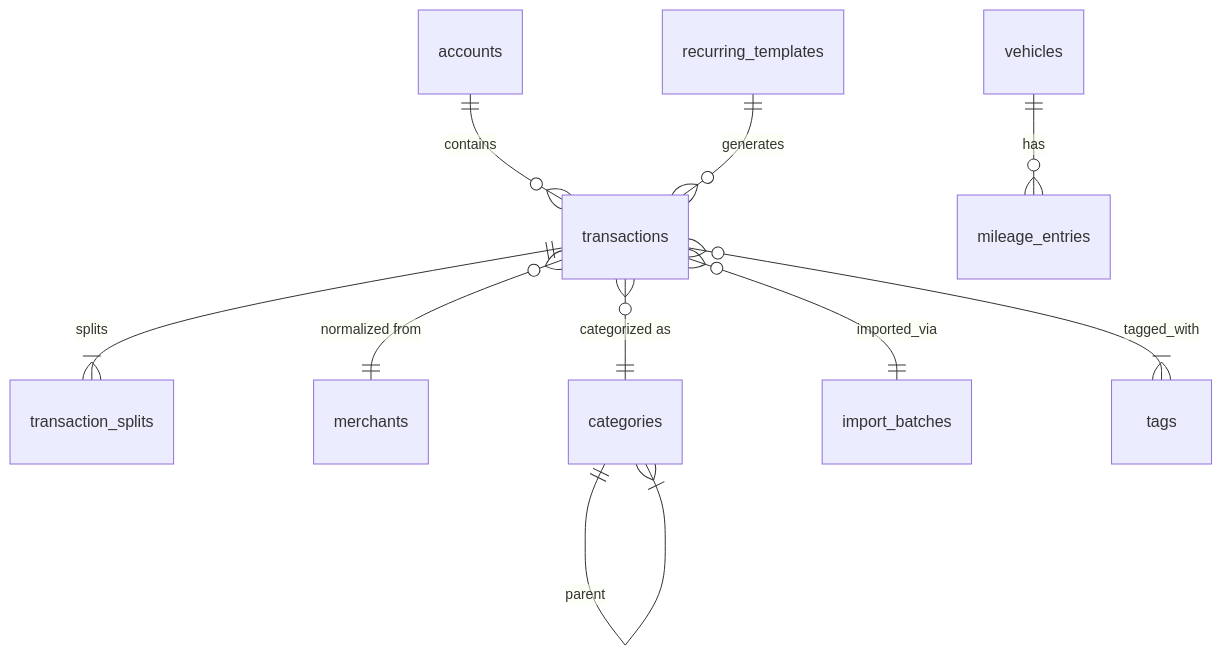
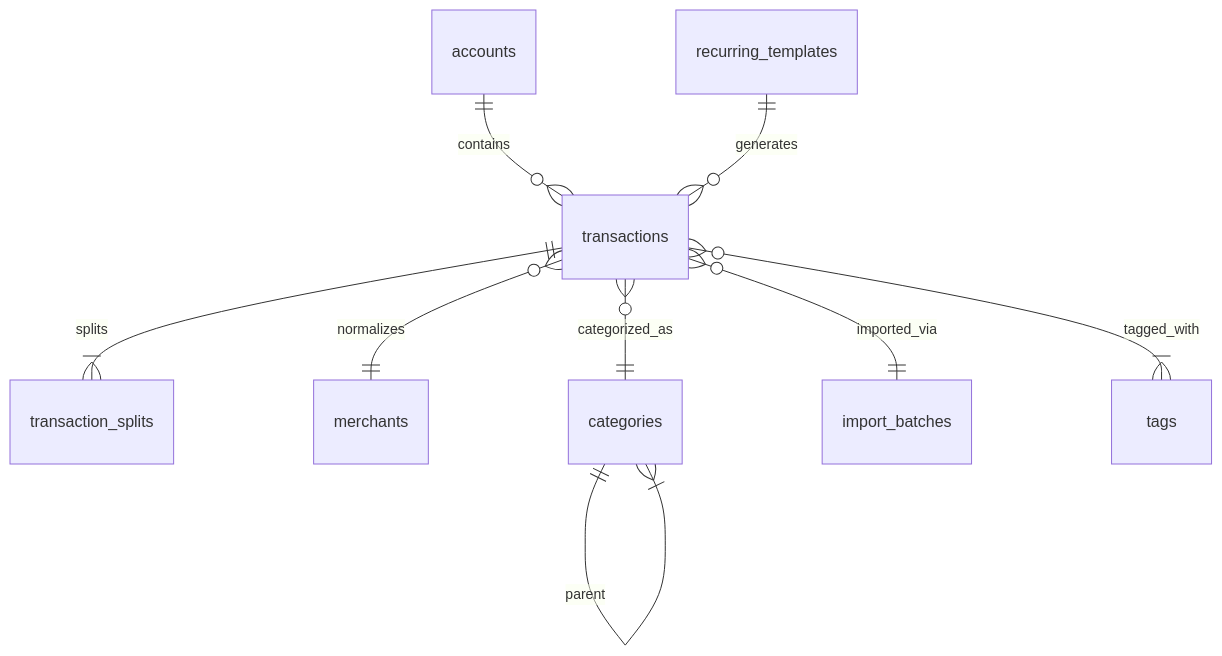
The diagram in docs/data-model.md (finn-kraft/align), drawn with Mermaid before and after one commit. The commit also changed other lines of this file, not shown here.

First line of the commit message:
Revise data model documentation for accounts and categories

````diff
--- a/docs/data-model.md
+++ b/docs/data-model.md
@@ -228,12 +245,11 @@
 ```mermaid
 erDiagram
   accounts ||--o{ transactions : contains
   transactions ||--|{ transaction_splits : splits
-  transactions }o--|| merchants : "normalized from"
-  transactions }o--|| categories : "categorized as"
+  transactions }o--|| merchants : normalizes
+  transactions }o--|| categories : categorized_as
   transactions }o--|| import_batches : imported_via
   transactions }o--|{ tags : tagged_with
   categories ||--|{ categories : parent
   recurring_templates ||--o{ transactions : generates
-  vehicles ||--o{ mileage_entries : has
 ```
````
